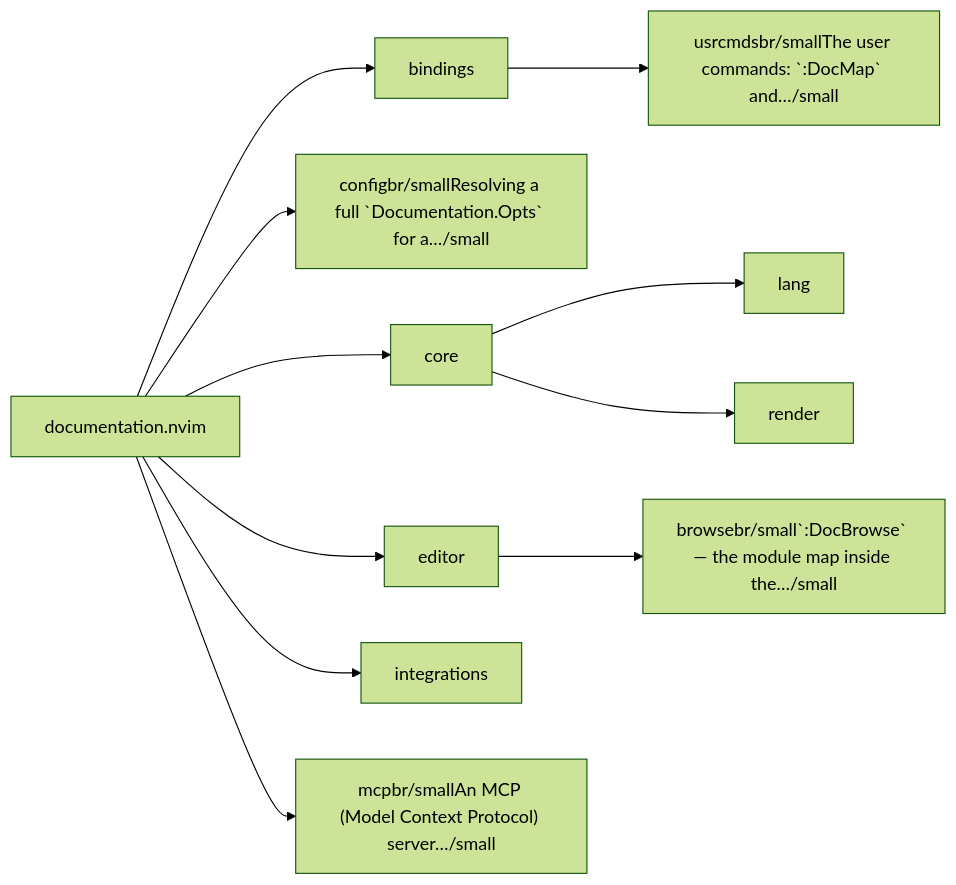
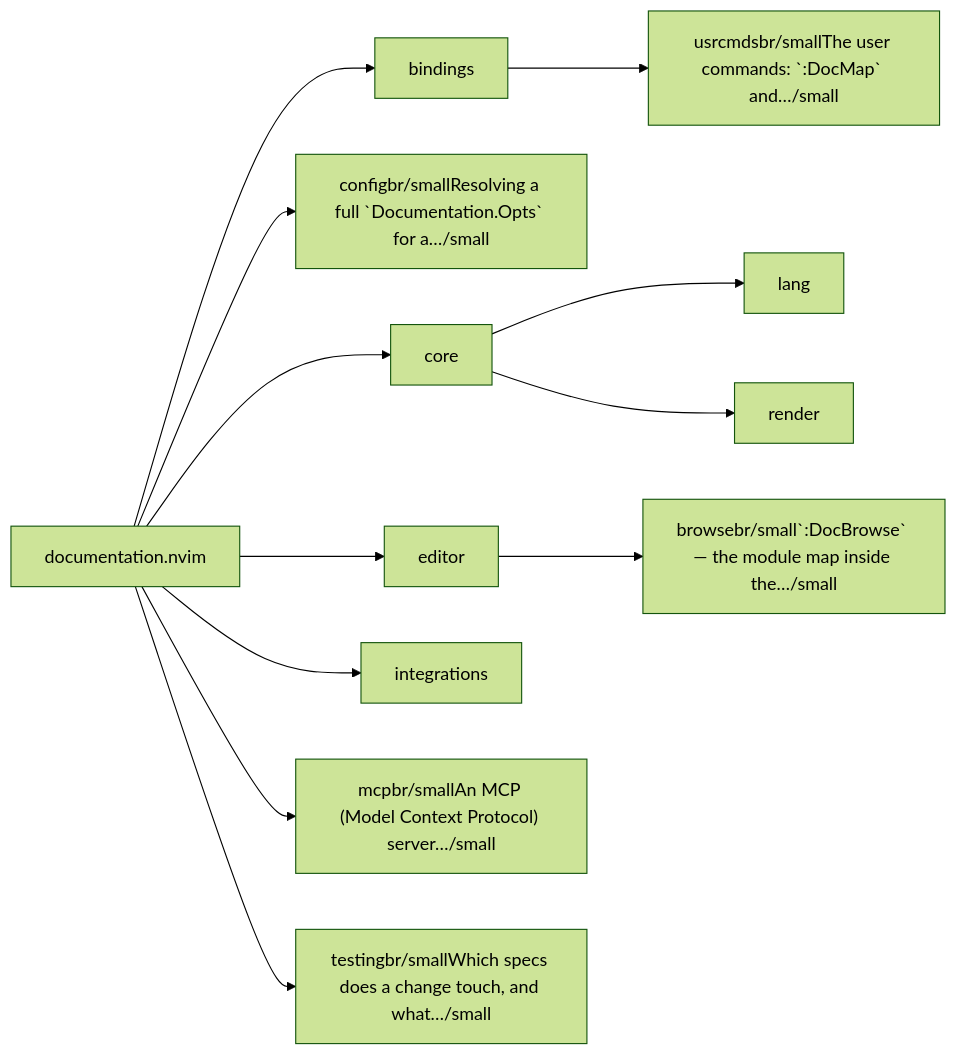
Before and after one commit to StefanBartl/documentation.nvim: the first of 2 diagrams in docs/map/overview.md, drawn with Mermaid (forest theme). The commit also changed other lines of this file and 27 other files, not shown here.

````diff
--- a/docs/map/overview.md
+++ b/docs/map/overview.md
@@ -14,24 +14,26 @@
 ```mermaid
 flowchart LR
   nlua_documentation["documentation.nvim"]
   nlua_documentation_bindings["bindings"]
   nlua_documentation_bindings_usrcmds["usrcmdsbr/smallThe user commands: `:DocMap` and…/small"]
   nlua_documentation_config["configbr/smallResolving a full `Documentation.Opts` for a…/small"]
   nlua_documentation_core["core"]
   nlua_documentation_core_lang["lang"]
   nlua_documentation_core_render["render"]
   nlua_documentation_editor["editor"]
   nlua_documentation_editor_browse["browsebr/small`:DocBrowse` — the module map inside the…/small"]
   nlua_documentation_integrations["integrations"]
   nlua_documentation_mcp["mcpbr/smallAn MCP (Model Context Protocol) server…/small"]
+  nlua_documentation_testing["testingbr/smallWhich specs does a change touch, and what…/small"]
   nlua_documentation --> nlua_documentation_bindings
   nlua_documentation_bindings --> nlua_documentation_bindings_usrcmds
   nlua_documentation --> nlua_documentation_config
   nlua_documentation --> nlua_documentation_core
   nlua_documentation_core --> nlua_documentation_core_lang
   nlua_documentation_core --> nlua_documentation_core_render
   nlua_documentation --> nlua_documentation_editor
   nlua_documentation_editor --> nlua_documentation_editor_browse
   nlua_documentation --> nlua_documentation_integrations
   nlua_documentation --> nlua_documentation_mcp
+  nlua_documentation --> nlua_documentation_testing
 ```
````
